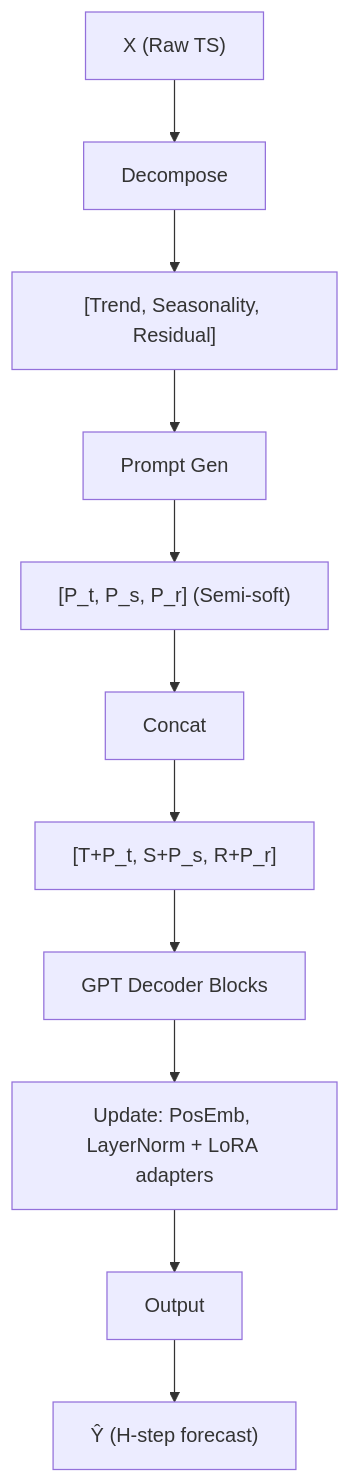
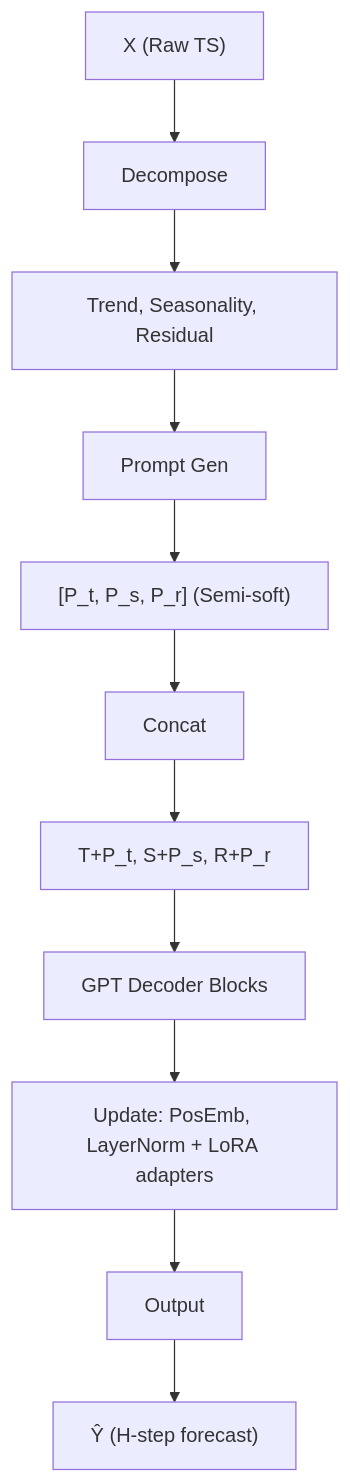
Before and after one commit to sou350121/Trading-Handbook: the diagram in foundations/time-series-forecasting/tempo.md, drawn with Mermaid. The commit also changed 191 other files, not shown here.

First line of the commit message:
render: fix math + mermaid for GitHub across the corpus (188 pages)

````diff
--- a/foundations/time-series-forecasting/tempo.md
+++ b/foundations/time-series-forecasting/tempo.md
@@ -32,13 +32,13 @@
 ```mermaid
 flowchart TD
     A["X (Raw TS)"] --> B["Decompose"]
-    B --> C["[Trend, Seasonality, Residual]"]
+    B --> C["Trend, Seasonality, Residual"]
     C --> D["Prompt Gen"]
     D --> E["[P_t, P_s, P_r] (Semi-soft)"]
     E --> F["Concat"]
-    F --> G["[T+P_t, S+P_s, R+P_r]"]
+    F --> G["T+P_t, S+P_s, R+P_r"]
     G --> H["GPT Decoder Blocks"]
     H --> I["Update: PosEmb, LayerNorm + LoRA adapters"]
     I --> J["Output"]
     J --> K["Ŷ (H-step forecast)"]
 ```
````
